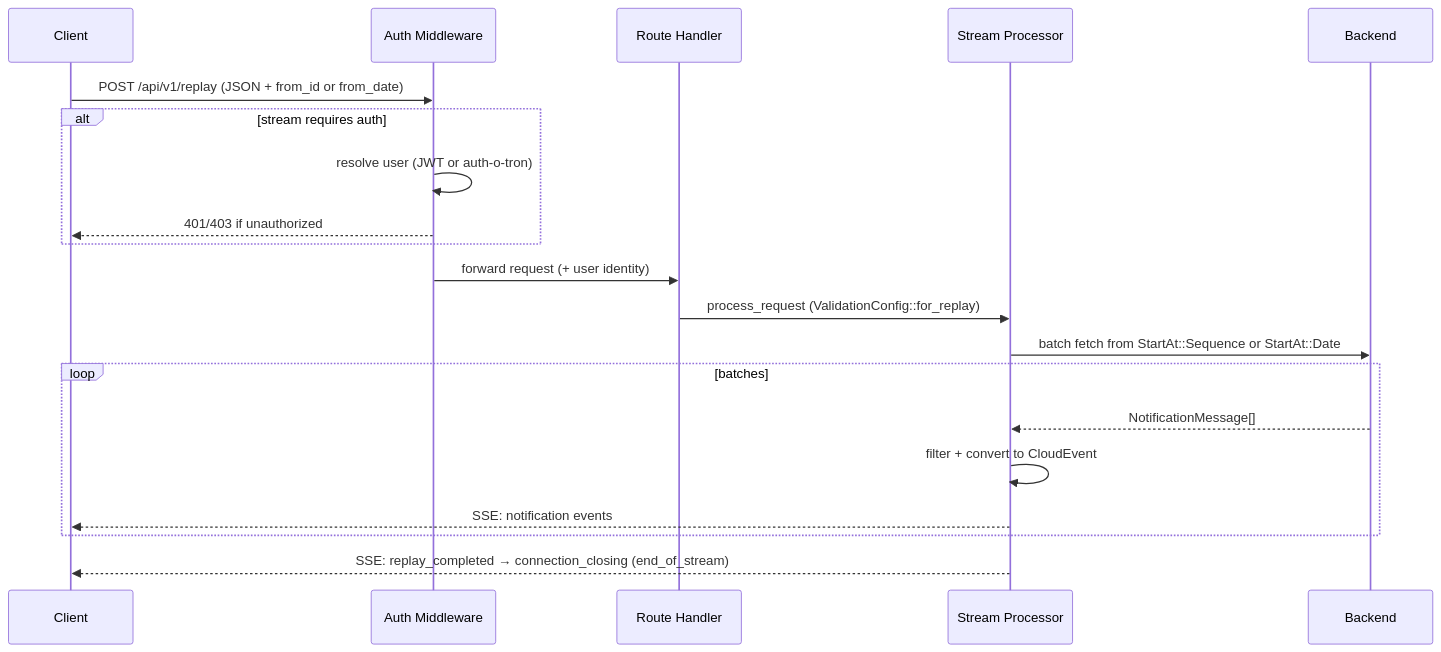
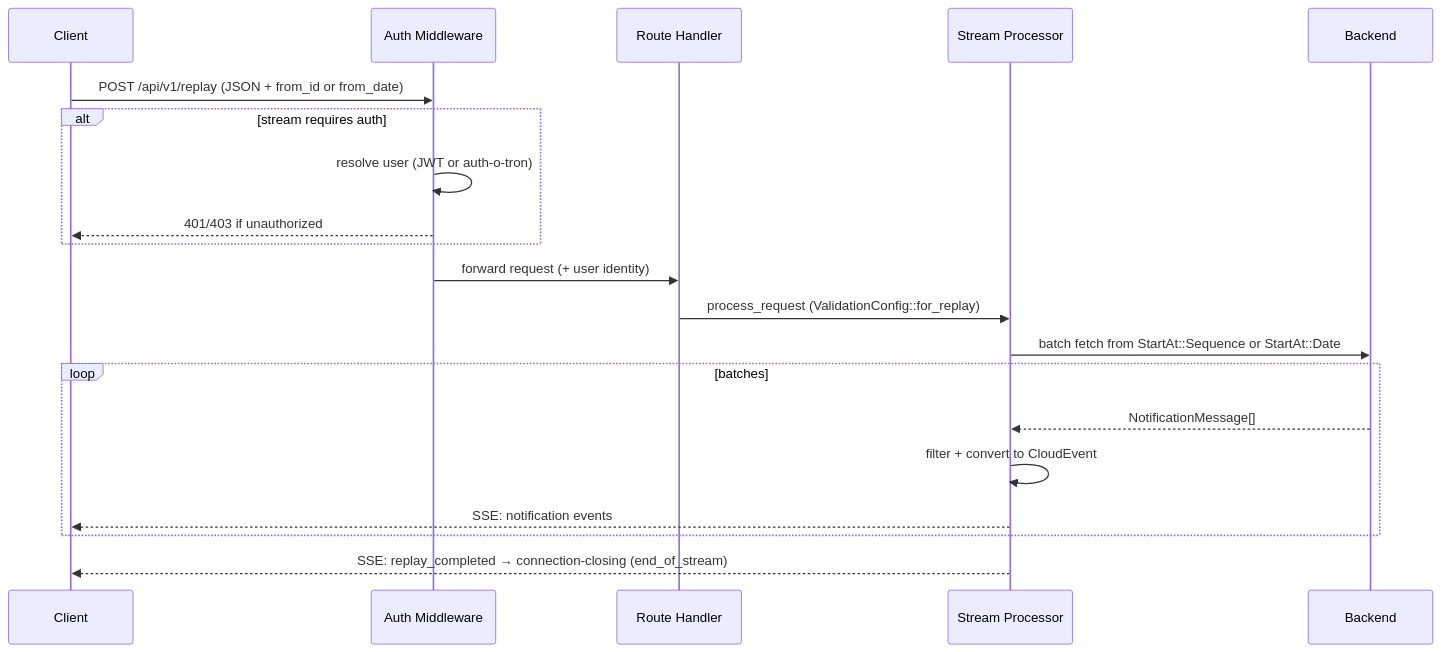
One commit to ecmwf/aviso-server changed the fourth of 5 diagrams in docs/src/architecture.md. Above: the diagram before and after it, drawn with Mermaid. The commit also changed other lines of this file and 15 other files, not shown here.

````diff
--- a/docs/src/architecture.md
+++ b/docs/src/architecture.md
@@ -144,23 +143,23 @@
 ```mermaid
 sequenceDiagram
     participant C as Client
     participant A as Auth Middleware
     participant R as Route Handler
     participant P as Stream Processor
     participant B as Backend
 
     C->>A: POST /api/v1/replay (JSON + from_id or from_date)
     alt stream requires auth
         A->>A: resolve user (JWT or auth-o-tron)
         A-->>C: 401/403 if unauthorized
     end
     A->>R: forward request (+ user identity)
     R->>P: process_request (ValidationConfig::for_replay)
     P->>B: batch fetch from StartAt::Sequence or StartAt::Date
     loop batches
         B-->>P: NotificationMessage[]
         P->>P: filter + convert to CloudEvent
         P-->>C: SSE: notification events
     end
-    P-->>C: SSE: replay_completed → connection_closing (end_of_stream)
+    P-->>C: SSE: replay_completed → connection-closing (end_of_stream)
 ```
````
